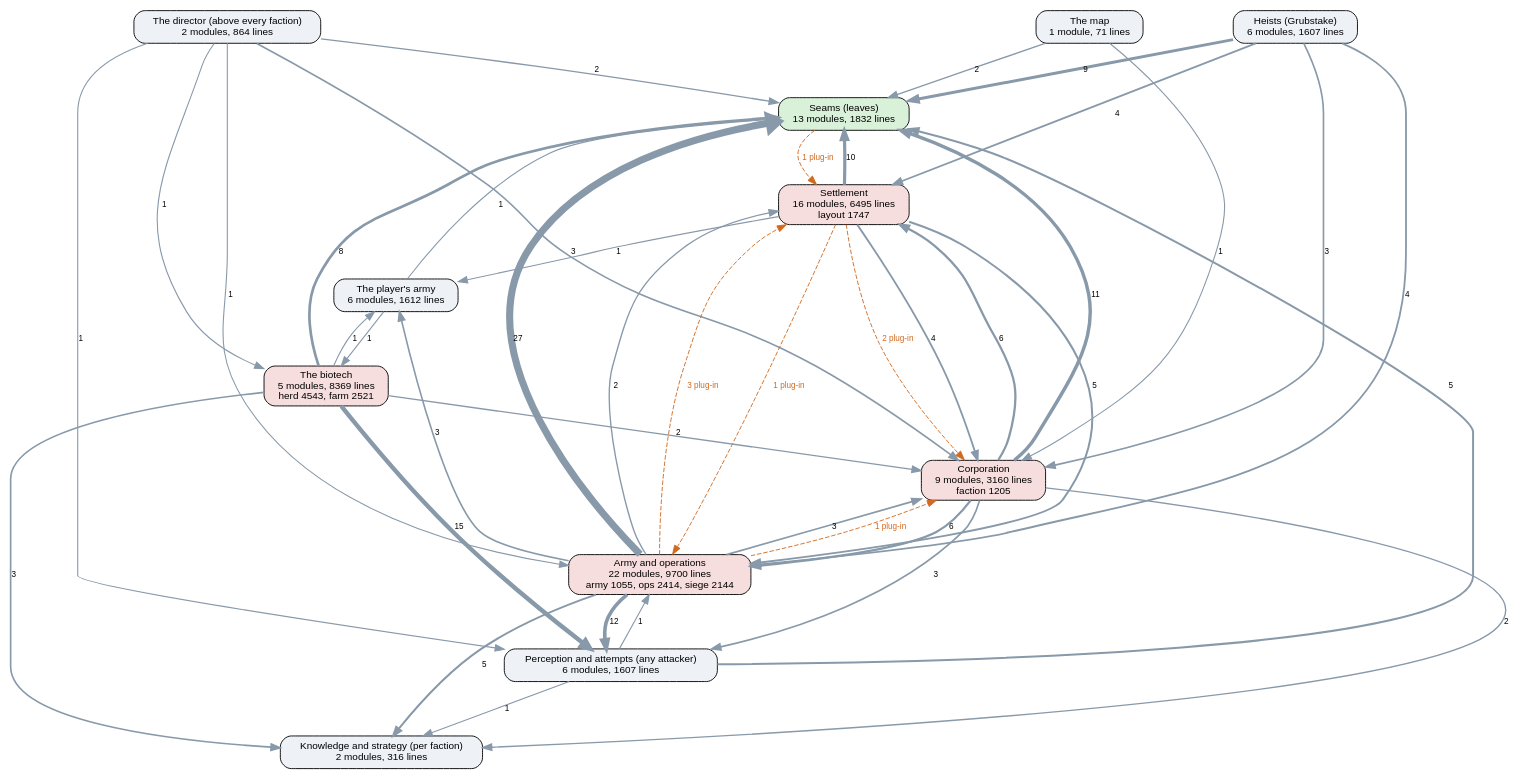
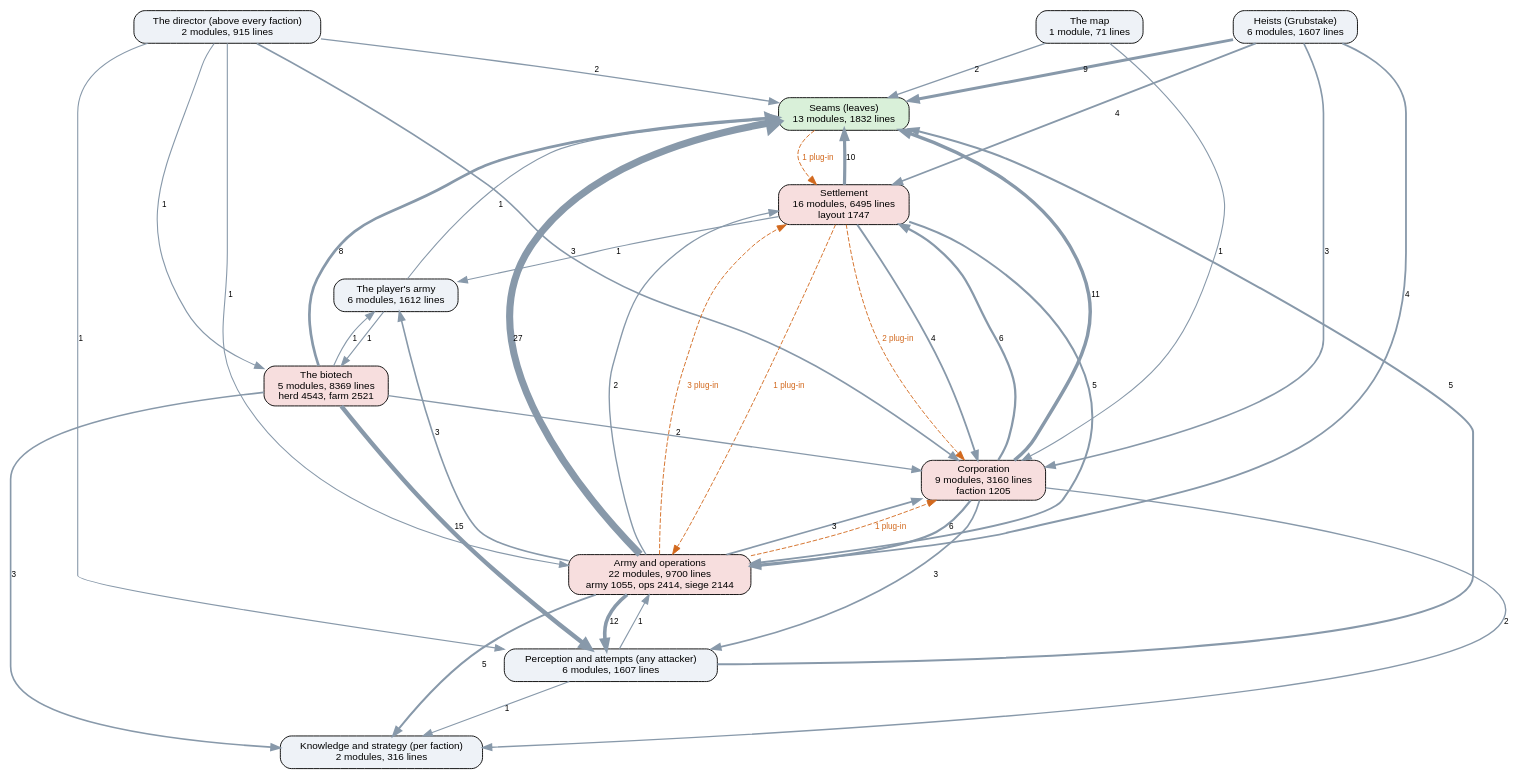
Before and after one commit to kinelhu/landing-party: the diagram in docs/ai-layers.dot, drawn with Graphviz. The commit also changed 11 other files, not shown here.

```diff
--- a/docs/ai-layers.dot
+++ b/docs/ai-layers.dot
@@ -1,57 +1,57 @@
 digraph layers {
   graph [rankdir=TB, fontname="Helvetica", nodesep=0.5, ranksep=0.7];
   node [shape=box, style="rounded,filled", fontname="Helvetica", fontsize=11, fillcolor="#eef2f7"];
   edge [color="#8899aa", fontname="Helvetica", fontsize=9];
   "Seams (leaves)" [label="Seams (leaves)\n13 modules, 1832 lines", fillcolor="#d9f0d9"];
   "Perception and attempts (any attacker)" [label="Perception and attempts (any attacker)\n6 modules, 1607 lines", fillcolor="#eef2f7"];
   "Knowledge and strategy (per faction)" [label="Knowledge and strategy (per faction)\n2 modules, 316 lines", fillcolor="#eef2f7"];
-  "The director (above every faction)" [label="The director (above every faction)\n2 modules, 864 lines", fillcolor="#eef2f7"];
+  "The director (above every faction)" [label="The director (above every faction)\n2 modules, 915 lines", fillcolor="#eef2f7"];
   "Corporation" [label="Corporation\n9 modules, 3160 lines\nfaction 1205", fillcolor="#f7dede"];
   "Settlement" [label="Settlement\n16 modules, 6495 lines\nlayout 1747", fillcolor="#f7dede"];
   "Army and operations" [label="Army and operations\n22 modules, 9700 lines\narmy 1055, ops 2414, siege 2144", fillcolor="#f7dede"];
   "Heists (Grubstake)" [label="Heists (Grubstake)\n6 modules, 1607 lines", fillcolor="#eef2f7"];
   "The biotech" [label="The biotech\n5 modules, 8369 lines\nherd 4543, farm 2521", fillcolor="#f7dede"];
   "The map" [label="The map\n1 module, 71 lines", fillcolor="#eef2f7"];
   "The player's army" [label="The player's army\n6 modules, 1612 lines", fillcolor="#eef2f7"];
   "Army and operations" -> "Corporation" [label="3", penwidth=1.8];
   "Army and operations" -> "Knowledge and strategy (per faction)" [label="5", penwidth=2.2];
   "Army and operations" -> "Perception and attempts (any attacker)" [label="12", penwidth=4.0];
   "Army and operations" -> "Seams (leaves)" [label="27", penwidth=7.8];
   "Army and operations" -> "Settlement" [label="2", penwidth=1.5];
   "Army and operations" -> "The player's army" [label="3", penwidth=1.8];
   "Corporation" -> "Army and operations" [label="6", penwidth=2.5];
   "Corporation" -> "Knowledge and strategy (per faction)" [label="2", penwidth=1.5];
   "Corporation" -> "Perception and attempts (any attacker)" [label="3", penwidth=1.8];
   "Corporation" -> "Seams (leaves)" [label="11", penwidth=3.8];
   "Corporation" -> "Settlement" [label="6", penwidth=2.5];
   "Heists (Grubstake)" -> "Army and operations" [label="4", penwidth=2.0];
   "Heists (Grubstake)" -> "Corporation" [label="3", penwidth=1.8];
   "Heists (Grubstake)" -> "Seams (leaves)" [label="9", penwidth=3.2];
   "Heists (Grubstake)" -> "Settlement" [label="4", penwidth=2.0];
   "Perception and attempts (any attacker)" -> "Army and operations" [label="1", penwidth=1.2];
   "Perception and attempts (any attacker)" -> "Knowledge and strategy (per faction)" [label="1", penwidth=1.2];
   "Perception and attempts (any attacker)" -> "Seams (leaves)" [label="5", penwidth=2.2];
   "Settlement" -> "Army and operations" [label="5", penwidth=2.2];
   "Settlement" -> "Corporation" [label="4", penwidth=2.0];
   "Settlement" -> "Seams (leaves)" [label="10", penwidth=3.5];
   "Settlement" -> "The player's army" [label="1", penwidth=1.2];
   "The biotech" -> "Corporation" [label="2", penwidth=1.5];
   "The biotech" -> "Knowledge and strategy (per faction)" [label="3", penwidth=1.8];
   "The biotech" -> "Perception and attempts (any attacker)" [label="15", penwidth=4.8];
   "The biotech" -> "Seams (leaves)" [label="8", penwidth=3.0];
   "The biotech" -> "The player's army" [label="1", penwidth=1.2];
   "The director (above every faction)" -> "Army and operations" [label="1", penwidth=1.2];
   "The director (above every faction)" -> "Corporation" [label="3", penwidth=1.8];
   "The director (above every faction)" -> "Perception and attempts (any attacker)" [label="1", penwidth=1.2];
   "The director (above every faction)" -> "Seams (leaves)" [label="2", penwidth=1.5];
   "The director (above every faction)" -> "The biotech" [label="1", penwidth=1.2];
   "The map" -> "Corporation" [label="1", penwidth=1.2];
   "The map" -> "Seams (leaves)" [label="2", penwidth=1.5];
   "The player's army" -> "Seams (leaves)" [label="1", penwidth=1.2];
   "The player's army" -> "The biotech" [label="1", penwidth=1.2];
   "Army and operations" -> "Corporation" [style=dashed, color="#d2691e", fontcolor="#d2691e", label="1 plug-in"];
   "Army and operations" -> "Settlement" [style=dashed, color="#d2691e", fontcolor="#d2691e", label="3 plug-in"];
   "Seams (leaves)" -> "Settlement" [style=dashed, color="#d2691e", fontcolor="#d2691e", label="1 plug-in"];
   "Settlement" -> "Army and operations" [style=dashed, color="#d2691e", fontcolor="#d2691e", label="1 plug-in"];
   "Settlement" -> "Corporation" [style=dashed, color="#d2691e", fontcolor="#d2691e", label="2 plug-in"];
 }
```
